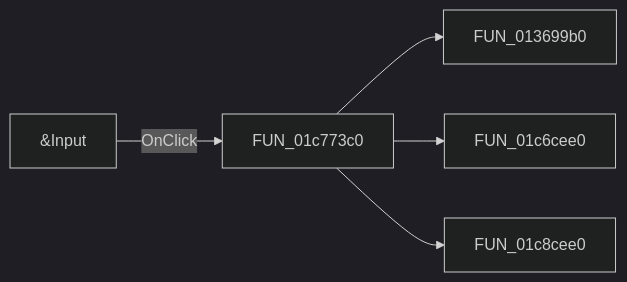
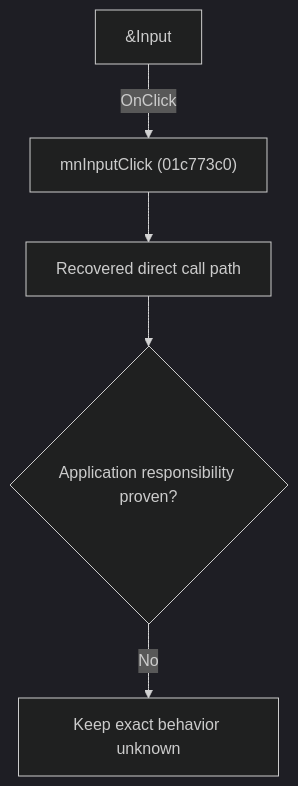
One commit to MovGP0/TIARA changed the diagram in docs/ui-controls/schematiceditor/mninput-f975854c78.md. Above: the diagram before and after it, drawn with Mermaid (dark theme). The commit also changed other lines of this file and 1062 other files, not shown here.

````diff
--- a/docs/ui-controls/schematiceditor/mninput-f975854c78.md
+++ b/docs/ui-controls/schematiceditor/mninput-f975854c78.md
@@ -27,7 +27,7 @@
 ```mermaid
-flowchart LR
-    control["&Input"] -->|OnClick| handler["FUN_01c773c0"]
-    handler --> call1["FUN_013699b0"]
-    handler --> call2["FUN_01c6cee0"]
-    handler --> call3["FUN_01c8cee0"]
+flowchart TD
+    control["&Input"] -->|"OnClick"| handler["mnInputClick (01c773c0)"]
+    handler --> recovered["Recovered direct call path"]
+    recovered --> gap{"Application responsibility proven?"}
+    gap -->|"No"| blocked["Keep exact behavior unknown"]
 ```
````
